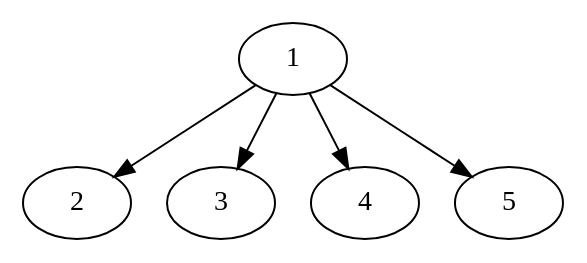
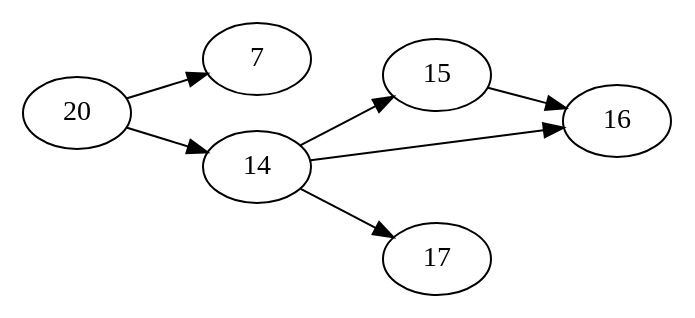
One commit to trim1962/dipModtex changed the diagram in DipLatex-dot2tex-fig4.dot. Above: the diagram before and after it, drawn with Graphviz. The commit also changed other lines of this file and 120 other files, not shown here.

```diff
--- a/DipLatex-dot2tex-fig4.dot
+++ b/DipLatex-dot2tex-fig4.dot
@@ -1,11 +1,15 @@
-   digraph G{
-    1 [style="main node",texlbl="microtype"]
-    2 [style="main2 node",texlbl="keyval"]
-    3 [style="cfg node",texlbl="microtype.cfg"]
-    4 [style="driver node",texlbl="microtype-pdftex.def"]
-    5 [style="driver node",texlbl="mt-cmr.cfg"]
-    1->2
-    1->3
-    1->4
-    1->5
-   }
+digraph G{
+rankdir="LR";
+7 [style="internal node",texlbl="keyval"]
+14 [style="main2 node",texlbl="graphics"]
+15 [style="cfg node",texlbl="graphics.cfg"]
+16 [style="driver node",texlbl="xetex.def"]
+17 [style="internal node",texlbl="trig"]
+20 [style="main node",texlbl="graphicx"]
+14->15
+14->16
+14->17
+15->16
+20->7
+20->14
+}
```
